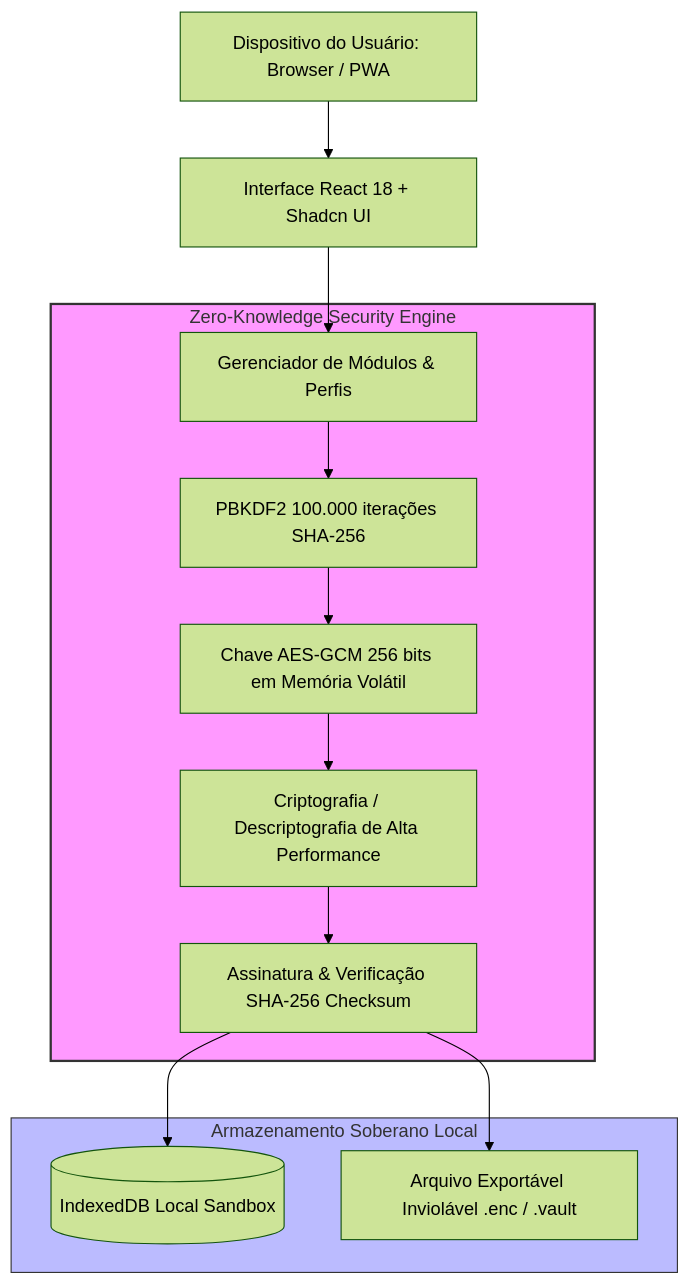
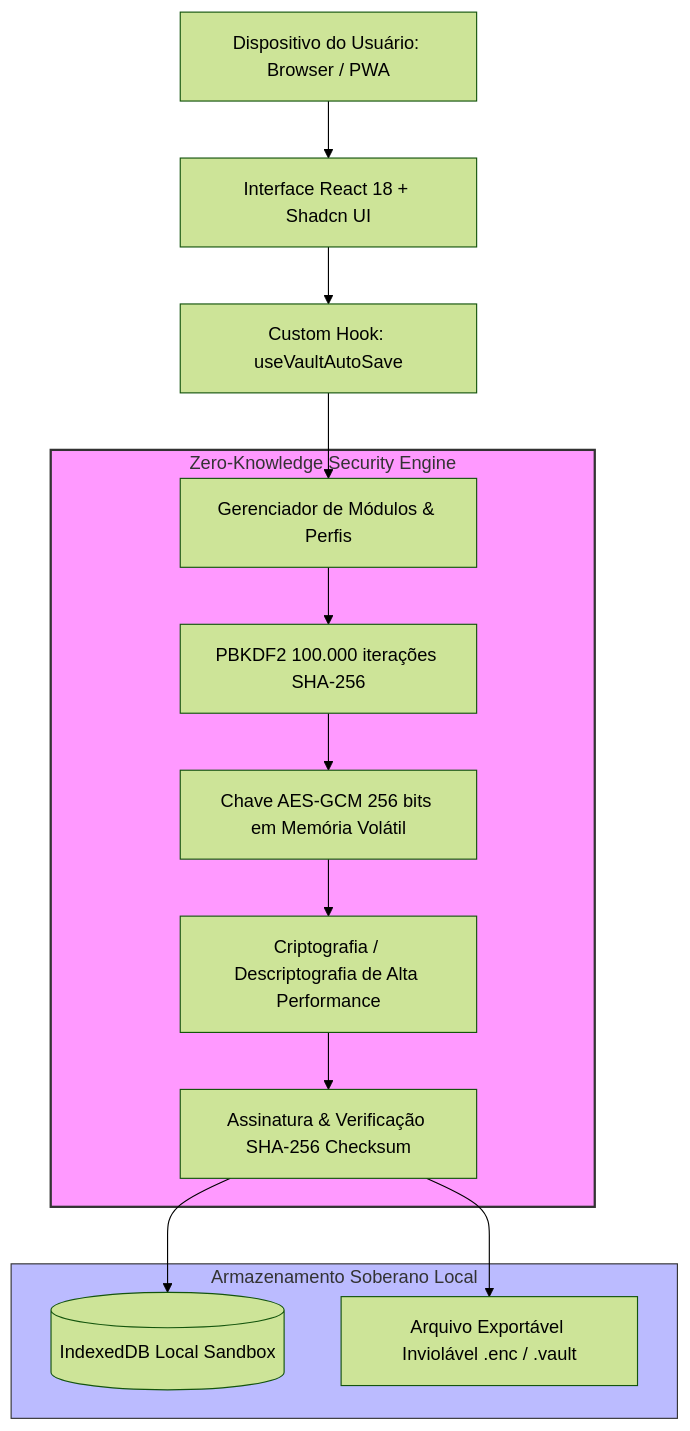
One commit to Adam-Moller/Safe-vault changed the diagram in README.md. Above: the diagram before and after it, drawn with Mermaid (forest theme). The commit also changed other lines of this file and 15 other files, not shown here.

Commit message:
refactor: apply clean code, strict TypeScript, TSDoc standards and custom hooks architecture

````diff
--- a/README.md
+++ b/README.md
@@ -33,20 +34,21 @@
 ```mermaid
 graph TD
     Client[Dispositivo do Usuário: Browser / PWA] --> UI[Interface React 18 + Shadcn UI]
-    UI --> CoreDomain[Gerenciador de Módulos & Perfis]
+    UI --> Hook[Custom Hook: useVaultAutoSave]
+    Hook --> CoreDomain[Gerenciador de Módulos & Perfis]
     
     subgraph ZeroKnowledgeEngine [Zero-Knowledge Security Engine]
         CoreDomain --> KDF[PBKDF2 100.000 iterações SHA-256]
         KDF --> Key[Chave AES-GCM 256 bits em Memória Volátil]
         Key --> Cipher[Criptografia / Descriptografia de Alta Performance]
         Cipher --> Integrity[Assinatura & Verificação SHA-256 Checksum]
     end
     
     subgraph Storage [Armazenamento Soberano Local]
         Integrity --> IDB[(IndexedDB Local Sandbox)]
         Integrity --> VaultFile[Arquivo Exportável Inviolável .enc / .vault]
     end
     
     style ZeroKnowledgeEngine fill:#f9f,stroke:#333,stroke-width:2px
     style Storage fill:#bbf,stroke:#333,stroke-width:1px
 ```
````
